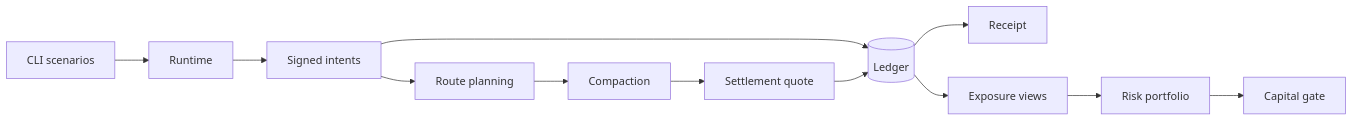
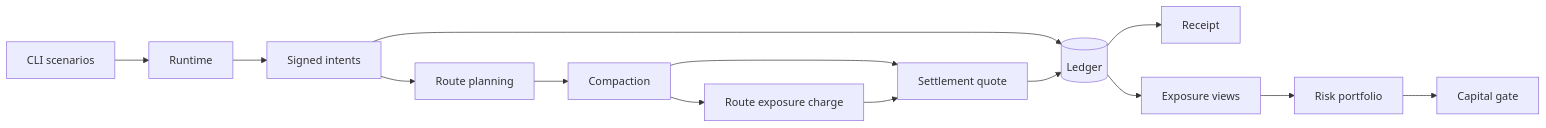
Before and after one commit to SolguardLabs/MeridianDTL: the first of 3 diagrams in README.md, drawn with Mermaid. The commit also changed other lines of this file and 20 other files, not shown here.

````diff
--- a/README.md
+++ b/README.md
@@ -27,14 +31,16 @@
 ```mermaid
 flowchart LR
     CLI[CLI scenarios] --> Runtime[Runtime]
     Runtime --> Intent[Signed intents]
     Intent --> Route[Route planning]
     Route --> Compact[Compaction]
     Intent --> Ledger[(Ledger)]
     Compact --> Quote[Settlement quote]
+    Compact --> Charge[Route exposure charge]
+    Charge --> Quote
     Quote --> Ledger
     Ledger --> Receipt[Receipt]
     Ledger --> Exposure[Exposure views]
     Exposure --> Risk[Risk portfolio]
     Risk --> Capital[Capital gate]
 ```
````
